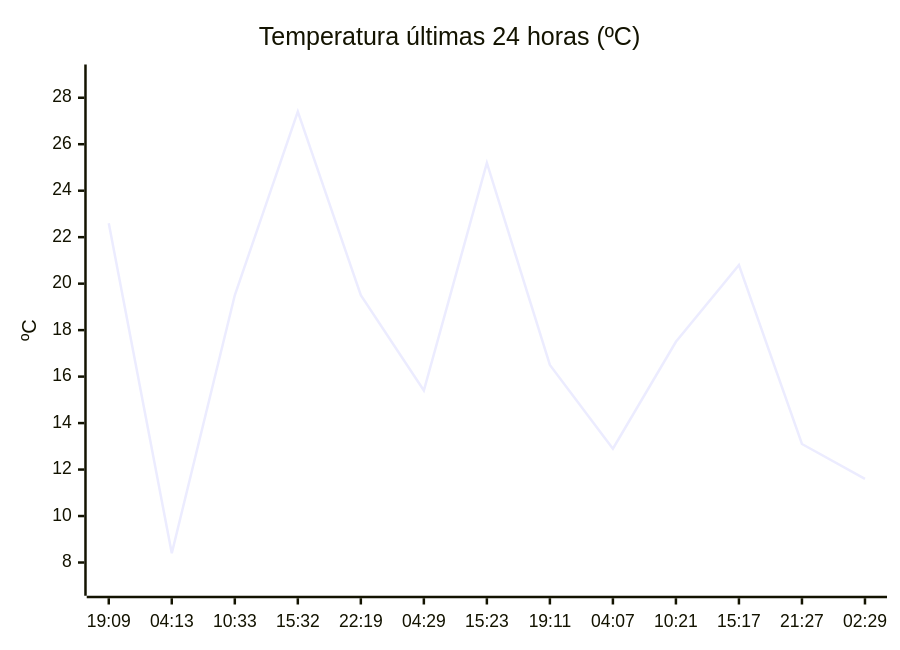
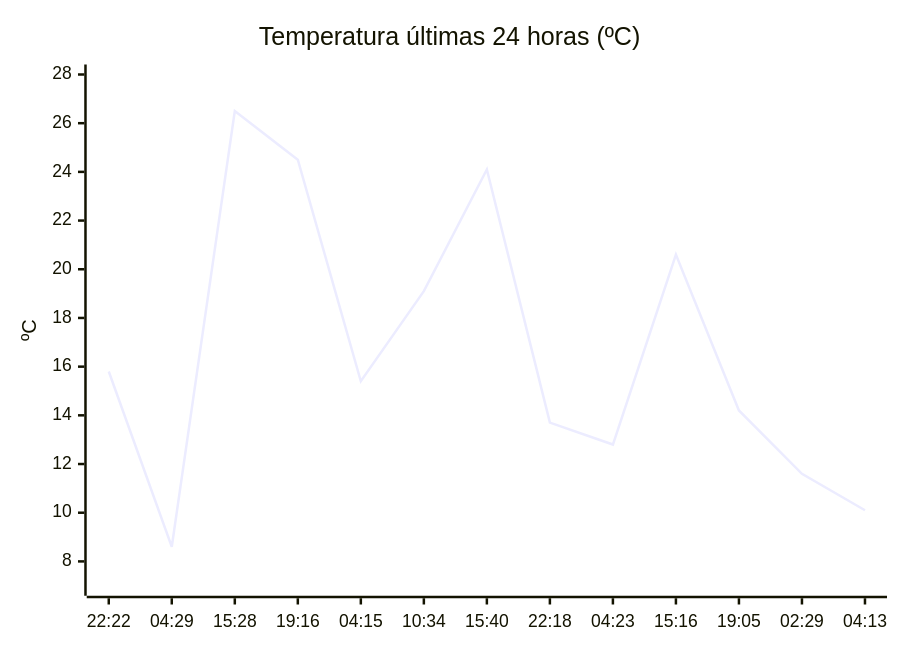
Before and after one commit to solidsnk86/rem-scrap: the diagram in README.md, drawn with Mermaid. The commit also changed other lines of this file, not shown here.

````diff
--- a/README.md
+++ b/README.md
@@ -28,7 +32,7 @@
 ```mermaid
 xychart-beta
     title "Temperatura últimas 24 horas (ºC)"
-    x-axis ["19:09", "04:13", "10:33", "15:32", "22:19", "04:29", "15:23", "19:11", "04:07", "10:21", "15:17", "21:27", "02:29"]
-    y-axis "ºC" 7 --> 29
-    line [22.6, 8.4, 19.5, 27.4, 19.5, 15.4, 25.2, 16.5, 12.9, 17.5, 20.8, 13.1, 11.6]
+    x-axis ["22:22", "04:29", "15:28", "19:16", "04:15", "10:34", "15:40", "22:18", "04:23", "15:16", "19:05", "02:29", "04:13"]
+    y-axis "ºC" 7 --> 28
+    line [15.8, 8.6, 26.5, 24.5, 15.4, 19.1, 24.1, 13.7, 12.8, 20.6, 14.2, 11.6, 10.1]
 ```
````
